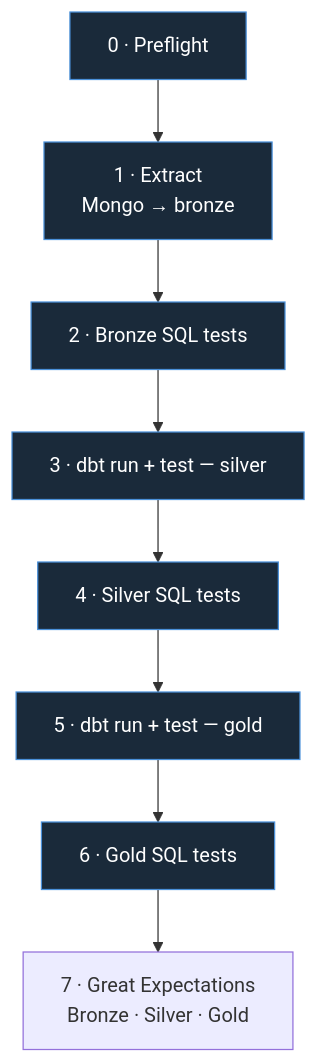
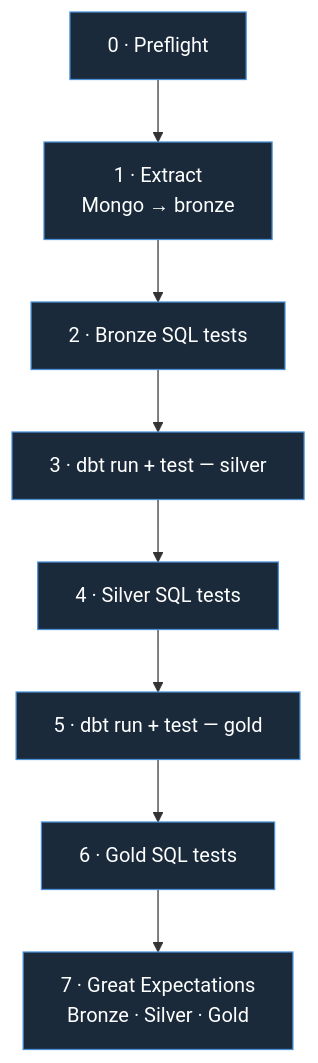
One commit to Nitinx12/DBT-Medallion-Pipeline changed the second of 2 diagrams in README.md. Above: the diagram before and after it, drawn with Mermaid. The commit also changed other lines of this file and 2 other files, not shown here.

First line of the commit message:
docs: color mermaid diagrams and fix attached counts

````diff
--- a/README.md
+++ b/README.md
@@ -109,13 +109,13 @@
 ```mermaid
 flowchart TD
     S0["0 · Preflight"] --> S1["1 · Extract<br/>Mongo → bronze"]
     S1 --> S2["2 · Bronze SQL tests"]
     S2 --> S3["3 · dbt run + test — silver"]
     S3 --> S4["4 · Silver SQL tests"]
     S4 --> S5["5 · dbt run + test — gold"]
     S5 --> S6["6 · Gold SQL tests"]
     S6 --> S7["7 · Great Expectations<br/>Bronze · Silver · Gold"]
 
     classDef stage fill:#1a2a3a,color:#fff,stroke:#4a90d9
-    class S0,S1,S2,S3,S4,S5,S6 stage
+    class S0,S1,S2,S3,S4,S5,S6,S7 stage
 ```
````
